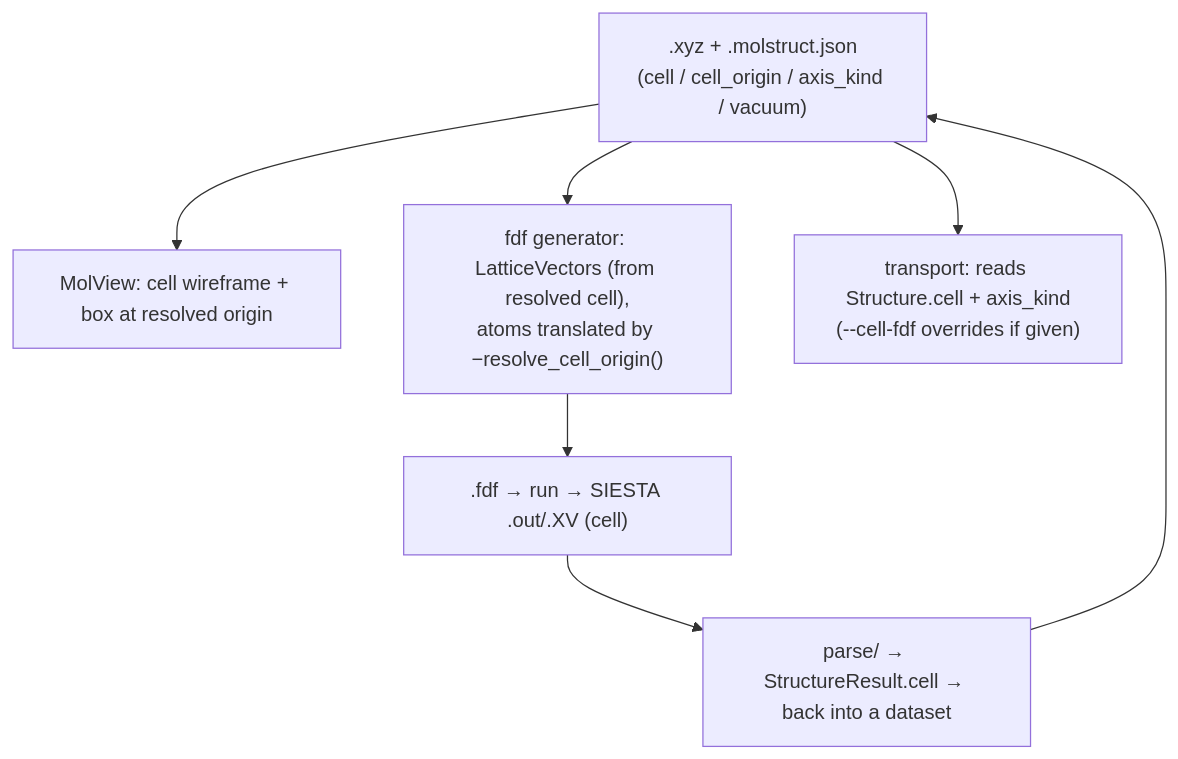
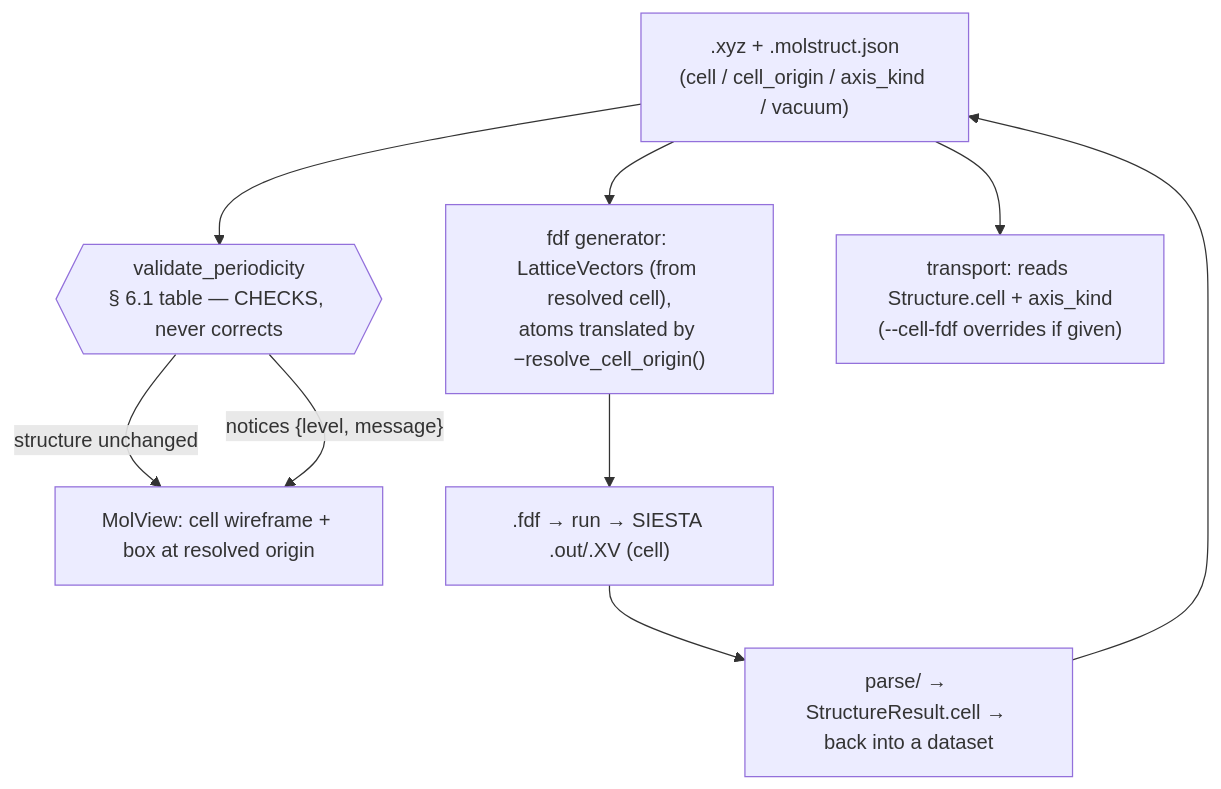
The second of 4 diagrams in docs/model/structure-periodicity.md (Qing-LAB/molbuilder), drawn with Mermaid before and after one commit. The commit also changed other lines of this file and 14 other files, not shown here.

````diff
--- a/docs/model/structure-periodicity.md
+++ b/docs/model/structure-periodicity.md
@@ -469,13 +469,16 @@
 ```mermaid
 flowchart TB
     DS[".xyz + .molstruct.json<br/>(cell / cell_origin / axis_kind / vacuum)"]
+    GATE{{"validate_periodicity<br/>§ 6.1 table — CHECKS, never corrects"}}
     MV["MolView: cell wireframe + box at resolved origin"]
     FDF["fdf generator: LatticeVectors (from resolved cell),<br/>atoms translated by −resolve_cell_origin()"]
     TR["transport: reads Structure.cell + axis_kind<br/>(--cell-fdf overrides if given)"]
     OUT[".fdf → run → SIESTA .out/.XV (cell)"]
     PARSE["parse/ → StructureResult.cell → back into a dataset"]
-    DS --> MV
+    DS --> GATE
+    GATE -->|"structure unchanged"| MV
+    GATE -->|"notices {level, message}"| MV
     DS --> FDF
     DS --> TR
     FDF --> OUT --> PARSE --> DS
 ```
````
